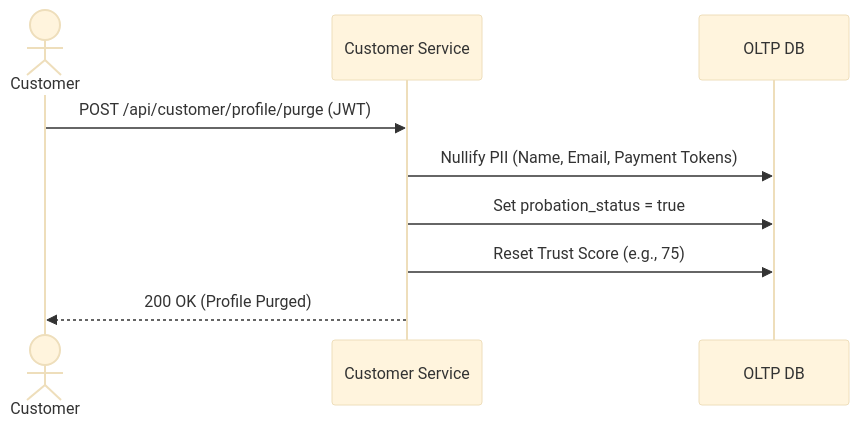
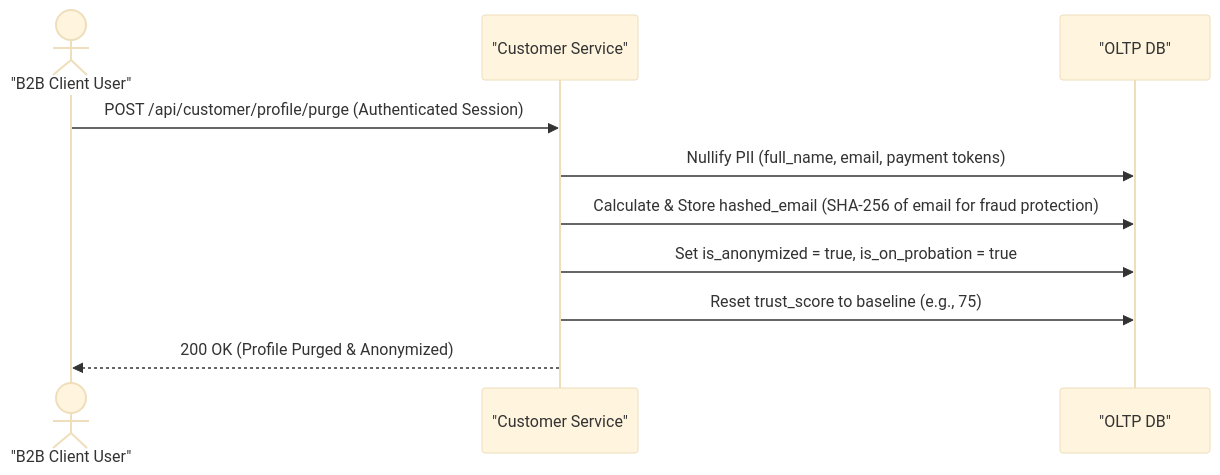
The tenth of 13 diagrams in low_level_design.md (Muneeb7860/Swish_App), drawn with Mermaid (base theme) before and after one commit. The commit also changed other lines of this file and 25 other files, not shown here.

````diff
--- a/low_level_design.md
+++ b/low_level_design.md
@@ -268,13 +735,14 @@
 ```mermaid
 sequenceDiagram
-    actor Customer
-    participant CustSrv as Customer Service
-    participant DB as OLTP DB
+    actor Customer as "B2B Client User"
+    participant CustSrv as "Customer Service"
+    participant DB as "OLTP DB"
     
-    Customer->>CustSrv: POST /api/customer/profile/purge (JWT)
-    CustSrv->>DB: Nullify PII (Name, Email, Payment Tokens)
-    CustSrv->>DB: Set probation_status = true
-    CustSrv->>DB: Reset Trust Score (e.g., 75)
+    Customer->>CustSrv: POST /api/customer/profile/purge (Authenticated Session)
+    CustSrv->>DB: Nullify PII (full_name, email, payment tokens)
+    CustSrv->>DB: Calculate & Store hashed_email (SHA-256 of email for fraud protection)
+    CustSrv->>DB: Set is_anonymized = true, is_on_probation = true
+    CustSrv->>DB: Reset trust_score to baseline (e.g., 75)
     
-    CustSrv-->>Customer: 200 OK (Profile Purged)
+    CustSrv-->>Customer: 200 OK (Profile Purged & Anonymized)
 ```
````
